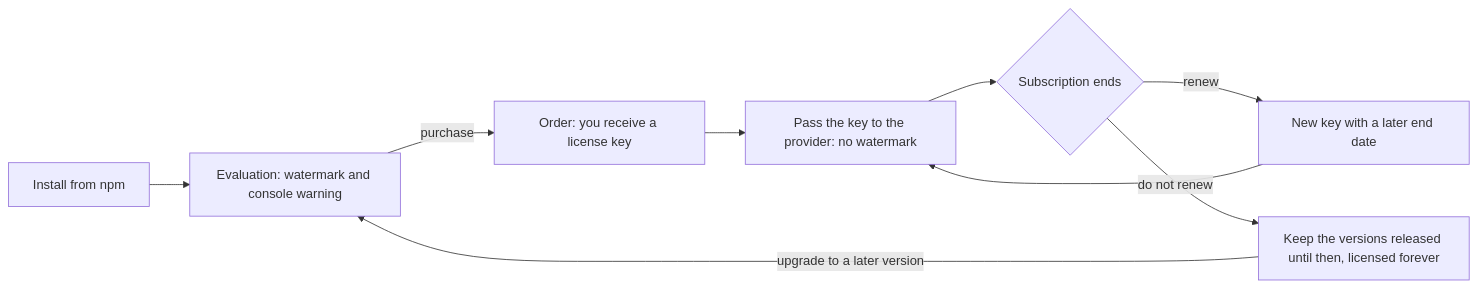
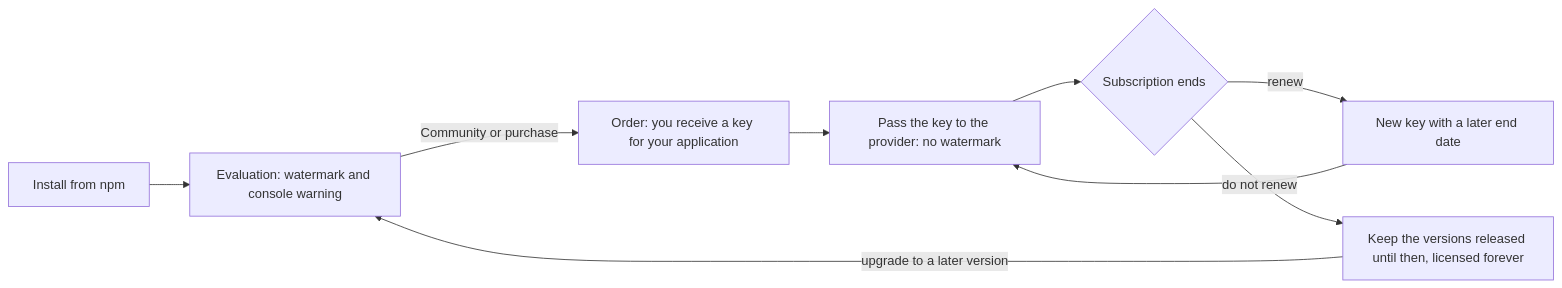
One commit to moobitech/meridiana-docs changed the diagram in docs/licensing.md. Above: the diagram before and after it, drawn with Mermaid. The commit also changed other lines of this file and 26 other files, not shown here.

````diff
--- a/docs/licensing.md
+++ b/docs/licensing.md
@@ -9,11 +10,11 @@
 ```mermaid
 flowchart LR
   A[Install from npm] --> B[Evaluation: watermark and console warning]
-  B -->|purchase| C[Order: you receive a license key]
+  B -->|Community or purchase| C[Order: you receive a key for your application]
   C --> D[Pass the key to the provider: no watermark]
   D --> E{Subscription ends}
   E -->|renew| F[New key with a later end date]
   F --> D
   E -->|do not renew| G[Keep the versions released until then, licensed forever]
   G -->|upgrade to a later version| B
 ```
````
